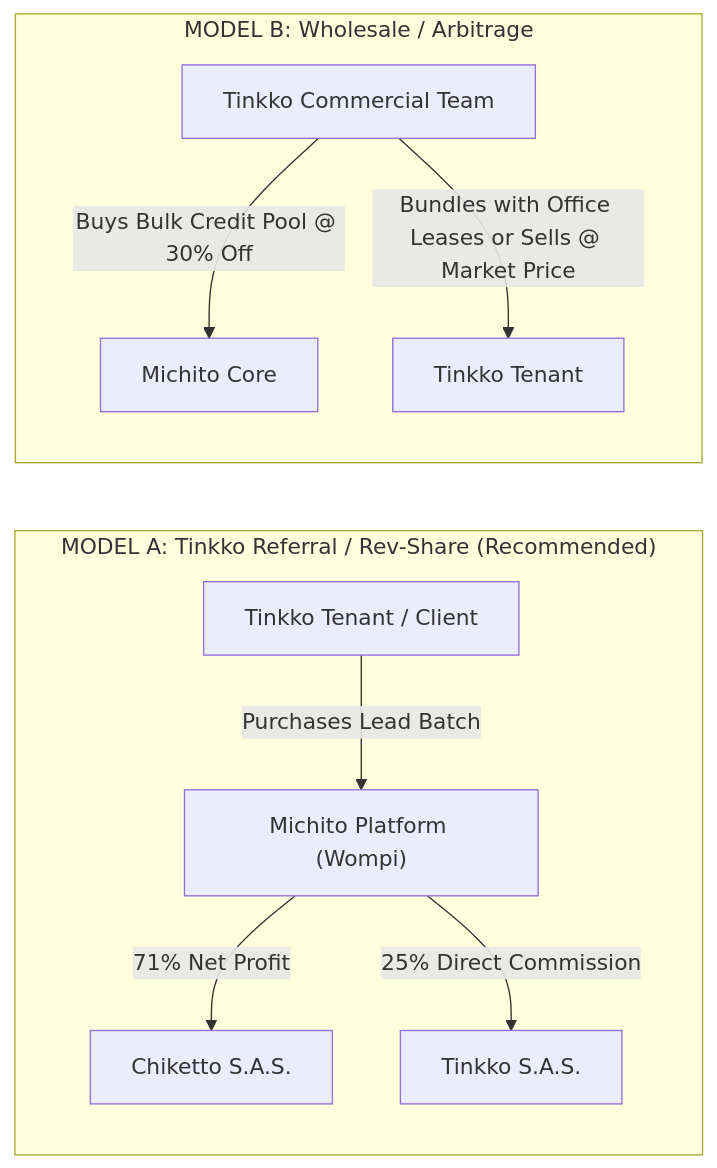
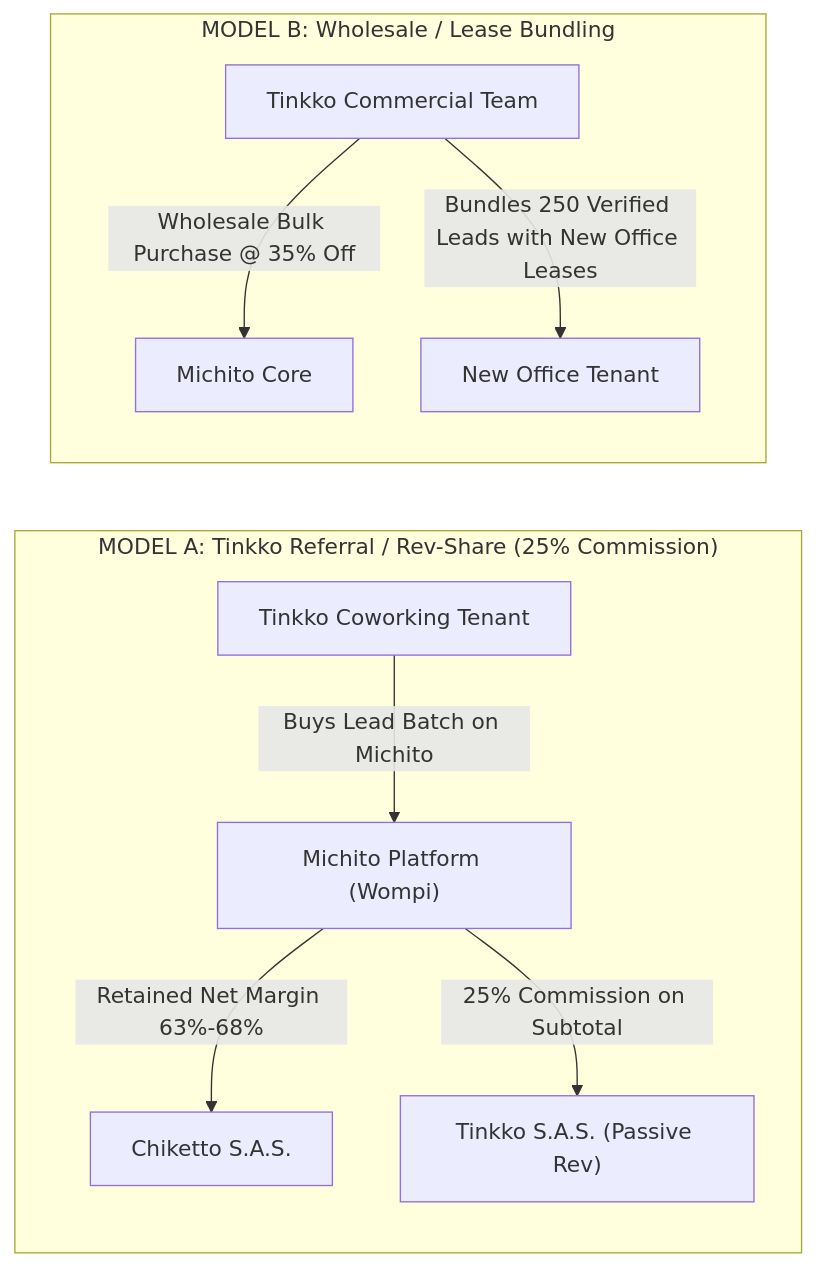
One commit to radsen/michito changed the diagram in docs/strategy/financial_model_unit_economics.md. Above: the diagram before and after it, drawn with Mermaid. The commit also changed other lines of this file and 15 other files, not shown here.

````diff
--- a/docs/strategy/financial_model_unit_economics.md
+++ b/docs/strategy/financial_model_unit_economics.md
@@ -217,13 +291,13 @@
 ```mermaid
 flowchart LR
-    subgraph ModelA["MODEL A: Tinkko Referral / Rev-Share (Recommended)"]
-        T_TenantA["Tinkko Tenant / Client"] -->|Purchases Lead Batch| MichitoA["Michito Platform (Wompi)"]
-        MichitoA -->|71% Net Profit| ChikettoA["Chiketto S.A.S."]
-        MichitoA -->|25% Direct Commission| TinkkoA["Tinkko S.A.S."]
+    subgraph ModelA["MODEL A: Tinkko Referral / Rev-Share (25% Commission)"]
+        T_TenantA["Tinkko Coworking Tenant"] -->|Buys Lead Batch on Michito| MichitoA["Michito Platform (Wompi)"]
+        MichitoA -->|Retained Net Margin 63%-68%| ChikettoA["Chiketto S.A.S."]
+        MichitoA -->|25% Commission on Subtotal| TinkkoA["Tinkko S.A.S. (Passive Rev)"]
     end
 
-    subgraph ModelB["MODEL B: Wholesale / Arbitrage"]
-        TinkkoB["Tinkko Commercial Team"] -->|Buys Bulk Credit Pool @ 30% Off| MichitoB["Michito Core"]
-        TinkkoB -->|Bundles with Office Leases or Sells @ Market Price| T_TenantB["Tinkko Tenant"]
+    subgraph ModelB["MODEL B: Wholesale / Lease Bundling"]
+        TinkkoB["Tinkko Commercial Team"] -->|Wholesale Bulk Purchase @ 35% Off| MichitoB["Michito Core"]
+        TinkkoB -->|Bundles 250 Verified Leads with New Office Leases| T_TenantB["New Office Tenant"]
     end
 ```
````
